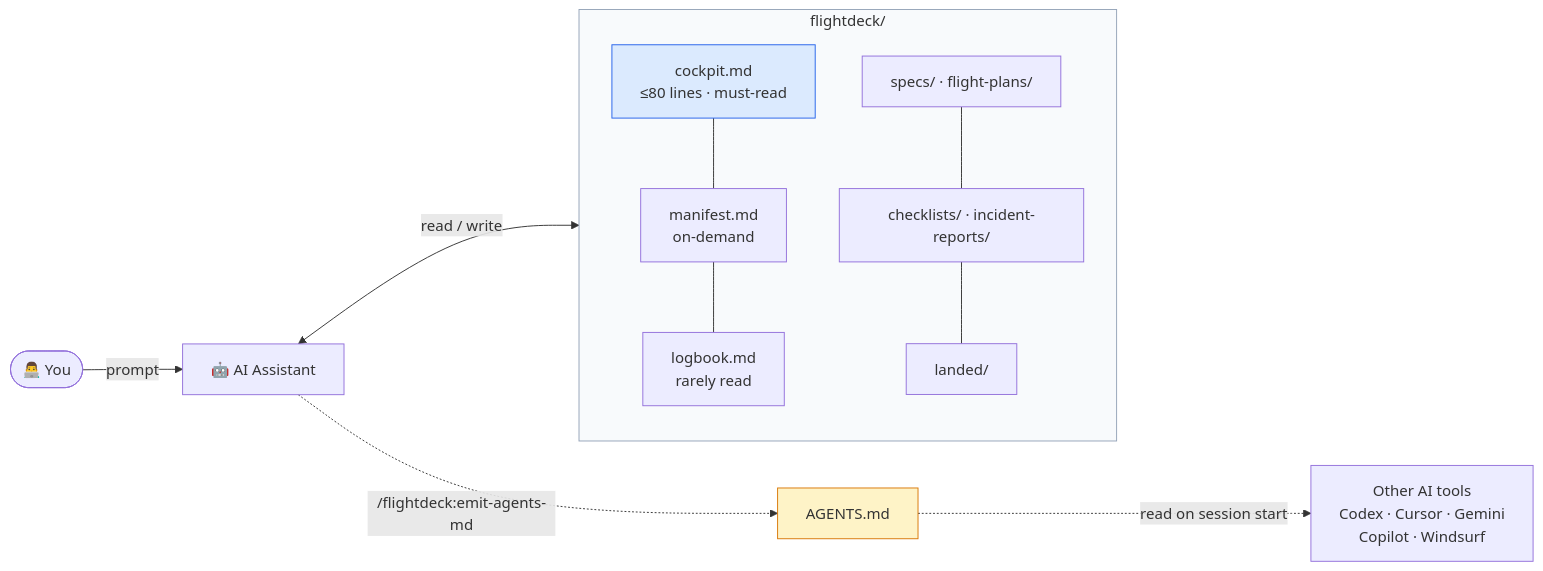
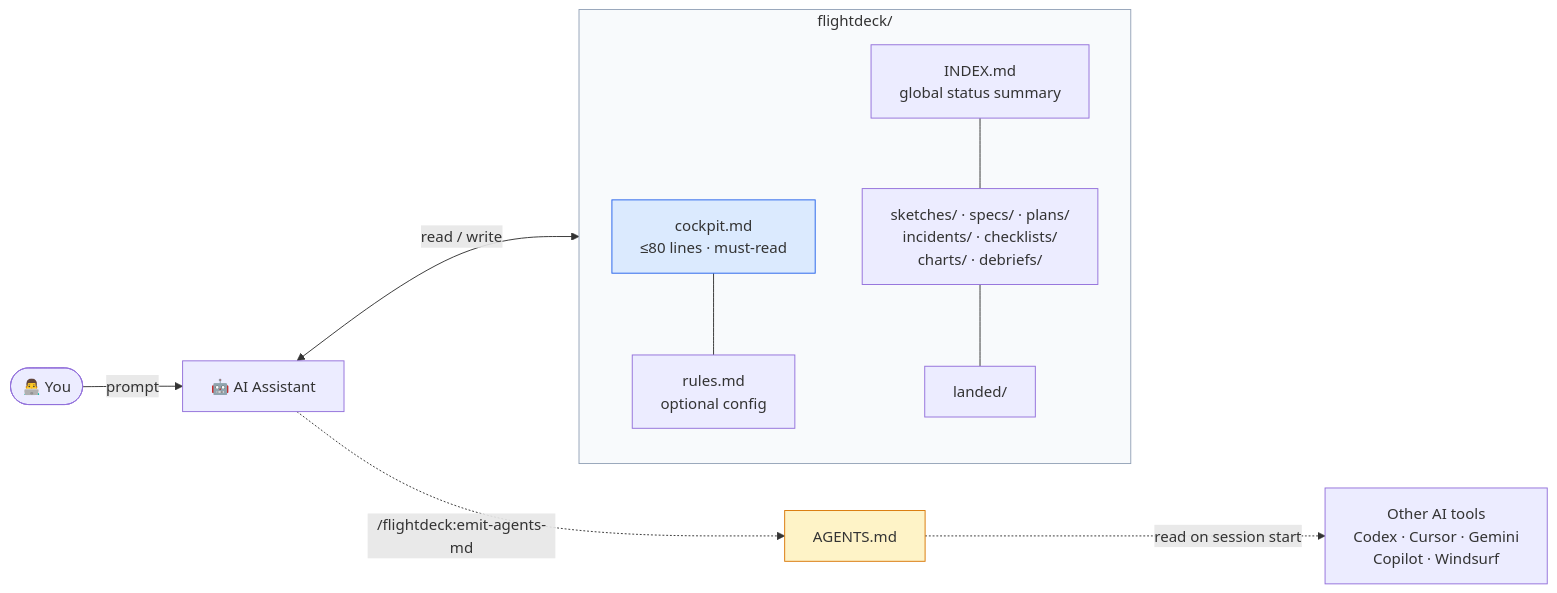
Before and after one commit to Yuelioi/workshop: the diagram in README.md, drawn with Mermaid. The commit also changed other lines of this file and 12 other files, not shown here.

````diff
--- a/README.md
+++ b/README.md
@@ -86,23 +96,22 @@
 ```mermaid
 flowchart LR
     User([👨‍💻 You]) -->|prompt| AI[🤖 AI Assistant]
     AI <-->|read / write| FD[(flightdeck/)]
     AI -.->|/flightdeck:emit-agents-md| AGENTS[AGENTS.md]
     AGENTS -.->|read on session start| OtherAI[Other AI tools<br/>Codex · Cursor · Gemini<br/>Copilot · Windsurf]
 
     subgraph FD [flightdeck/]
         direction TB
         Cockpit[cockpit.md<br/>≤80 lines · must-read]
-        Manifest[manifest.md<br/>on-demand]
-        Logbook[logbook.md<br/>rarely read]
-        Specs[specs/ · flight-plans/]
-        Procedures[checklists/ · incident-reports/]
+        Rules[rules.md<br/>optional config]
+        Index[INDEX.md<br/>global status summary]
+        Folders[sketches/ · specs/ · plans/<br/>incidents/ · checklists/<br/>charts/ · debriefs/]
         Archive[landed/]
-        Cockpit --- Manifest --- Logbook
-        Specs --- Procedures --- Archive
+        Cockpit --- Rules
+        Index --- Folders --- Archive
     end
 
     style Cockpit fill:#dbeafe,stroke:#2563eb
     style AGENTS fill:#fef3c7,stroke:#d97706
     style FD fill:#f8fafc,stroke:#94a3b8
 ```
````
